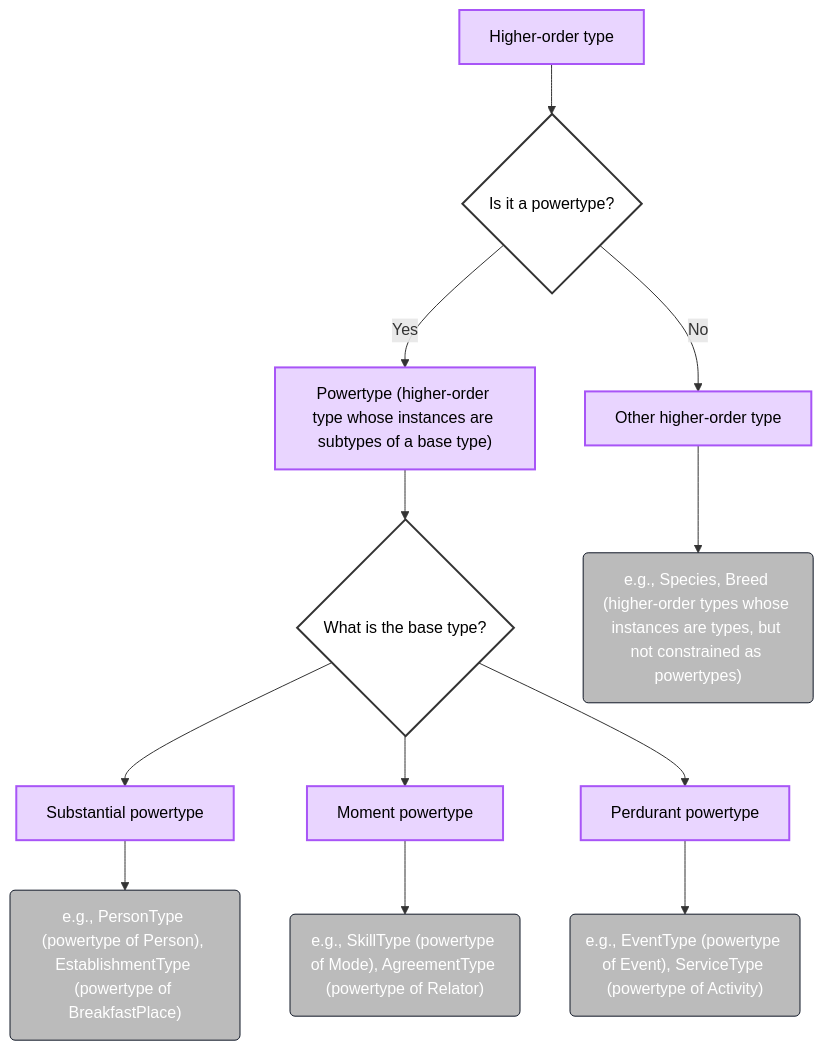
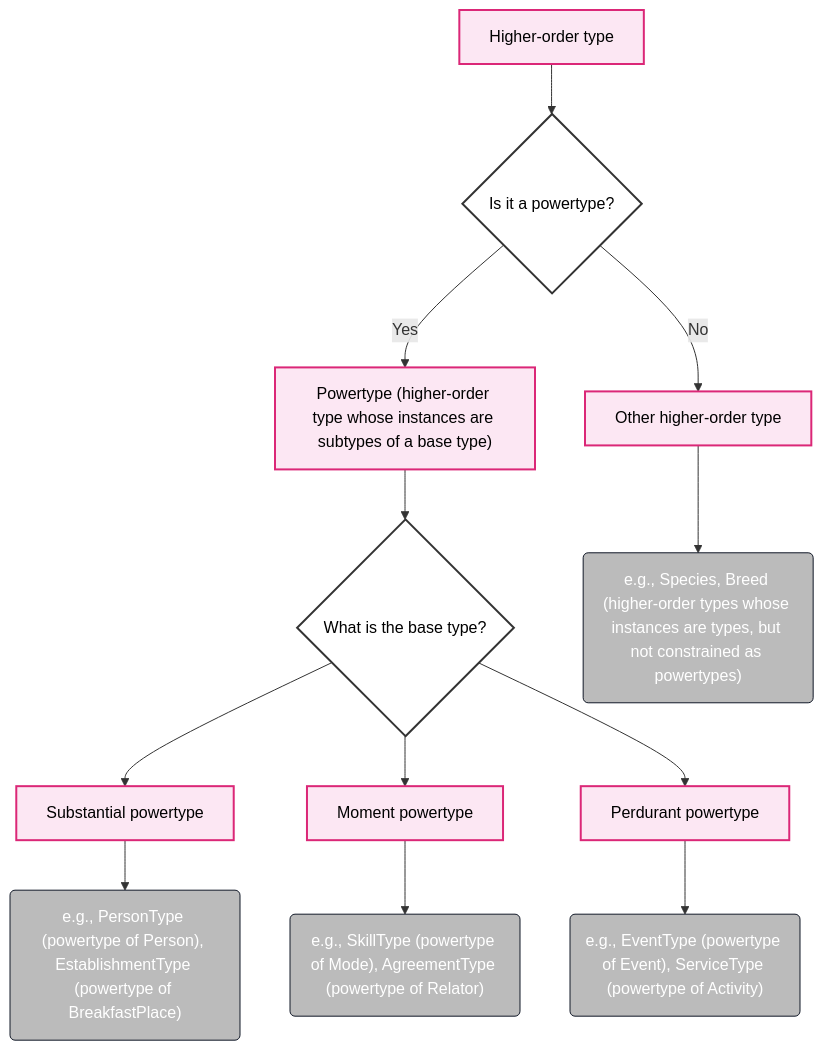
Before and after one commit to spdrnl/UFO-Modeling-Decision-Tree: the diagram in decision-tree/06-Higher-order.mermaid, drawn with Mermaid. The commit also changed 15 other files, not shown here.

```diff
--- a/decision-tree/06-Higher-order.mermaid
+++ b/decision-tree/06-Higher-order.mermaid
@@ -1,37 +1,37 @@
 flowchart TD
     UH[Higher-order type]
 
     UH --> H1{Is it a powertype?}
 
     %% POWERTYPES
     H1 -->|Yes| PT["Powertype (higher-order type whose instances are subtypes of a base type)"]
     PT --> PT1{What is the base type?}
 
     PT1 --> PT_S[Substantial powertype]
     PT1 --> PT_M[Moment powertype]
     PT1 --> PT_P[Perdurant powertype]
 
     %% OTHER HIGHER-ORDER TYPES
     H1 -->|No| HO[Other higher-order type]
 
     %% EXAMPLES
     PT_S_ex("e.g., PersonType (powertype of Person), EstablishmentType (powertype of BreakfastPlace)"):::example
     PT_S --> PT_S_ex
 
     PT_M_ex("e.g., SkillType (powertype of Mode), AgreementType (powertype of Relator)"):::example
     PT_M --> PT_M_ex
 
     PT_P_ex("e.g., EventType (powertype of Event), ServiceType (powertype of Activity)"):::example
     PT_P --> PT_P_ex
 
     HO_ex("e.g., Species, Breed (higher-order types whose instances are types, but not constrained as powertypes)"):::example
     HO --> HO_ex
 
     %% CLASSES
     classDef example fill:#BBBBBB,stroke:#111827,stroke-width:1px,color:#ffffff;
     classDef generic fill:#ffffff,stroke:#333,stroke-width:2px,color:#000;
-    classDef higher fill:#e9d5ff,stroke:#a855f7,stroke-width:2px,color:#000;
+    classDef higher fill:#fce7f3,stroke:#db2777,stroke-width:2px,color:#000;
 
     %% Apply styles
     class H1,PT1 generic;
     class UH,PT,HO,PT_S,PT_M,PT_P higher;
```
